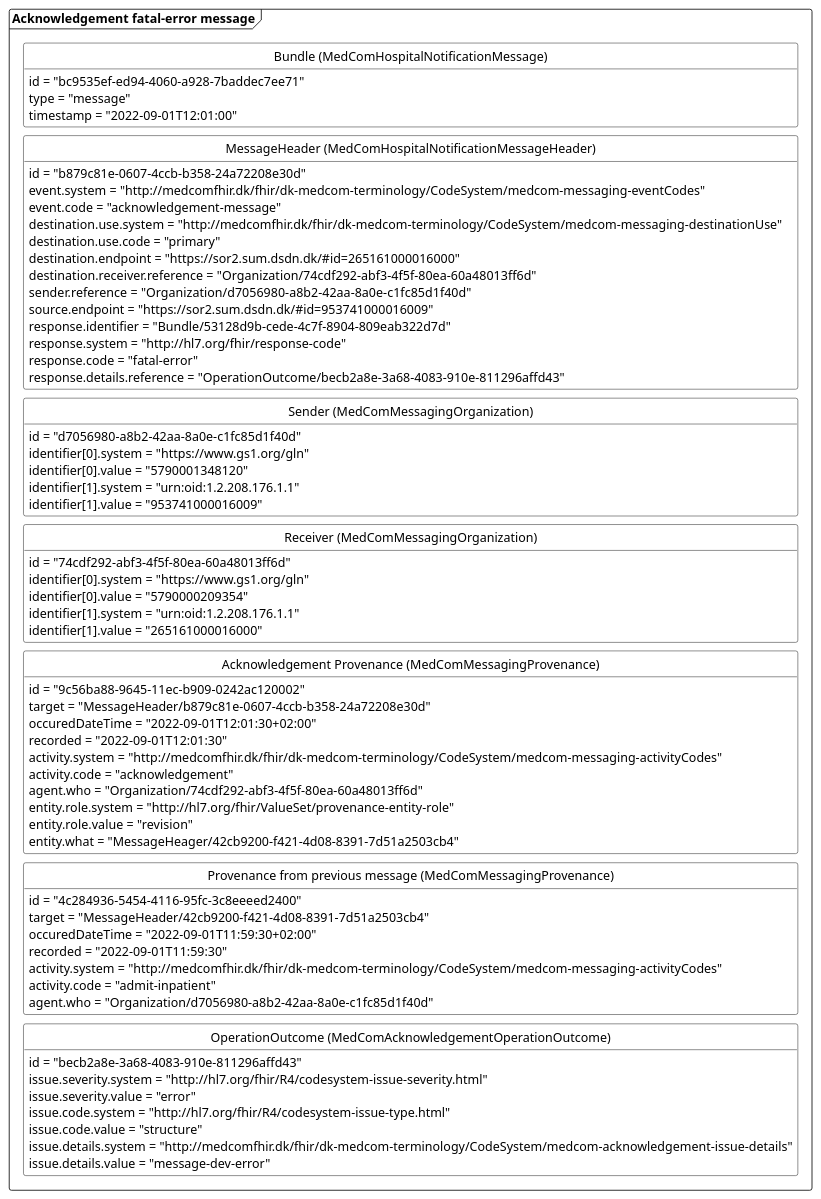
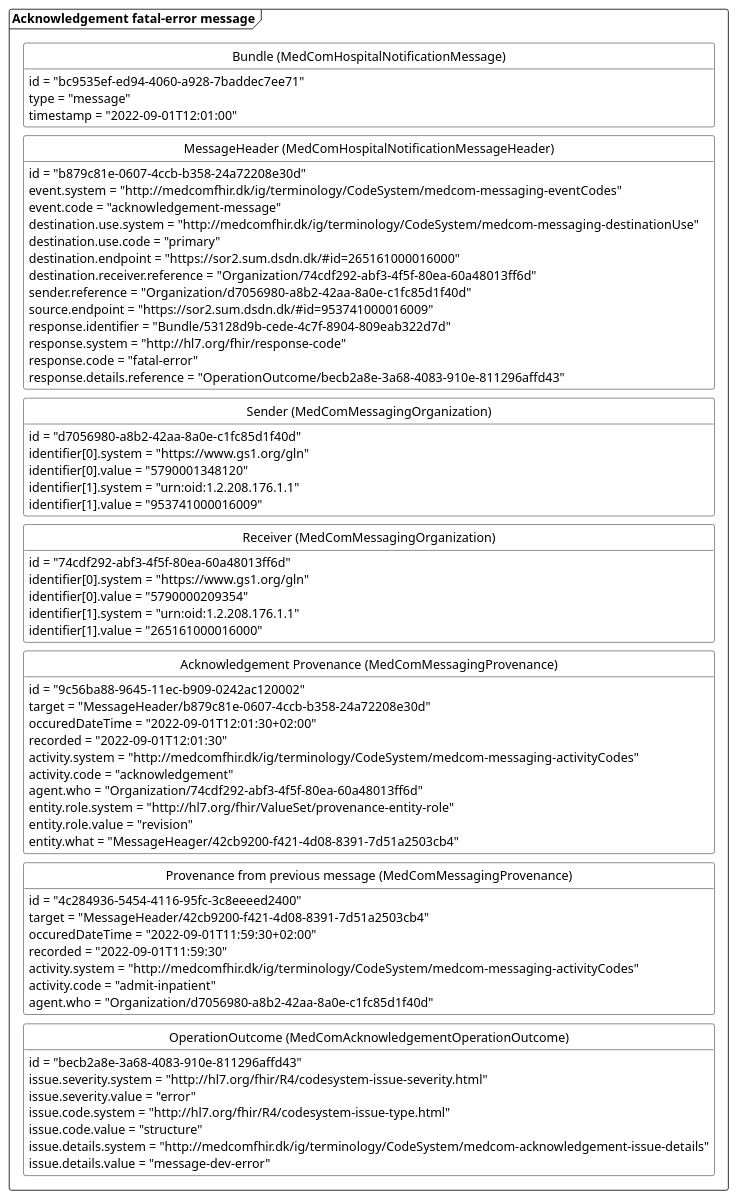
Before and after one commit to medcomdk/dk-medcom-acknowledgement: the diagram in puml/AcknowledgementError.puml, drawn with PlantUML. The commit also changed 9 other files, not shown here.

```diff
--- a/puml/AcknowledgementError.puml
+++ b/puml/AcknowledgementError.puml
@@ -1,90 +1,90 @@
 @startuml AcknowledgementError
 
 'layout
 skinparam class {
     BackgroundColor White
     BorderColor Black
     ArrowColor Black
   }
 hide circle
 hide empty members
 skinparam SameClassWidth true
 skinparam Ranksep 10
 
 
 package "Acknowledgement fatal-error message" as ack <<Frame>>{
     class "Bundle (MedComHospitalNotificationMessage)" as ackB{
         id = "bc9535ef-ed94-4060-a928-7baddec7ee71"
         type = "message"
         timestamp = "2022-09-01T12:01:00"
     }
     class "MessageHeader (MedComHospitalNotificationMessageHeader)" as ackMH{
         id = "b879c81e-0607-4ccb-b358-24a72208e30d"
-        event.system = "http://medcomfhir.dk/fhir/dk-medcom-terminology/CodeSystem/medcom-messaging-eventCodes"
+        event.system = "http://medcomfhir.dk/ig/terminology/CodeSystem/medcom-messaging-eventCodes"
         event.code = "acknowledgement-message"
-        destination.use.system = "http://medcomfhir.dk/fhir/dk-medcom-terminology/CodeSystem/medcom-messaging-destinationUse"
+        destination.use.system = "http://medcomfhir.dk/ig/terminology/CodeSystem/medcom-messaging-destinationUse"
         destination.use.code = "primary"
         destination.endpoint = "https://sor2.sum.dsdn.dk/#id=265161000016000"
         destination.receiver.reference = "Organization/74cdf292-abf3-4f5f-80ea-60a48013ff6d"
         sender.reference = "Organization/d7056980-a8b2-42aa-8a0e-c1fc85d1f40d"
         source.endpoint = "https://sor2.sum.dsdn.dk/#id=953741000016009"
         response.identifier = "Bundle/53128d9b-cede-4c7f-8904-809eab322d7d"
         response.system = "http://hl7.org/fhir/response-code"
         response.code = "fatal-error"
         response.details.reference = "OperationOutcome/becb2a8e-3a68-4083-910e-811296affd43"
     }
     class "Sender (MedComMessagingOrganization)" as ackROrg{
         id = "d7056980-a8b2-42aa-8a0e-c1fc85d1f40d"
         identifier[0].system = "https://www.gs1.org/gln"
         identifier[0].value = "5790001348120"
         identifier[1].system = "urn:oid:1.2.208.176.1.1"
         identifier[1].value = "953741000016009"
     }
     class "Receiver (MedComMessagingOrganization)" as ackSOrg{
         id = "74cdf292-abf3-4f5f-80ea-60a48013ff6d"
         identifier[0].system = "https://www.gs1.org/gln"
         identifier[0].value = "5790000209354"
         identifier[1].system = "urn:oid:1.2.208.176.1.1"
         identifier[1].value = "265161000016000"
     }
     class "Acknowledgement Provenance (MedComMessagingProvenance)" as ackPRO{
         id = "9c56ba88-9645-11ec-b909-0242ac120002"
         target = "MessageHeader/b879c81e-0607-4ccb-b358-24a72208e30d"
         occuredDateTime = "2022-09-01T12:01:30+02:00"
         recorded = "2022-09-01T12:01:30"
-        activity.system = "http://medcomfhir.dk/fhir/dk-medcom-terminology/CodeSystem/medcom-messaging-activityCodes"
+        activity.system = "http://medcomfhir.dk/ig/terminology/CodeSystem/medcom-messaging-activityCodes"
         activity.code = "acknowledgement"
         agent.who = "Organization/74cdf292-abf3-4f5f-80ea-60a48013ff6d"
         entity.role.system = "http://hl7.org/fhir/ValueSet/provenance-entity-role"
         entity.role.value = "revision"
         entity.what = "MessageHeager/42cb9200-f421-4d08-8391-7d51a2503cb4"
     }
         class "Provenance from previous message (MedComMessagingProvenance)" as previuosPRO{
         id = "4c284936-5454-4116-95fc-3c8eeeed2400"
         target = "MessageHeader/42cb9200-f421-4d08-8391-7d51a2503cb4"
         occuredDateTime = "2022-09-01T11:59:30+02:00"
         recorded = "2022-09-01T11:59:30"
-        activity.system = "http://medcomfhir.dk/fhir/dk-medcom-terminology/CodeSystem/medcom-messaging-activityCodes"
+        activity.system = "http://medcomfhir.dk/ig/terminology/CodeSystem/medcom-messaging-activityCodes"
         activity.code = "admit-inpatient"
         agent.who = "Organization/d7056980-a8b2-42aa-8a0e-c1fc85d1f40d"
     }
         class "OperationOutcome (MedComAcknowledgementOperationOutcome)" as ackOperation{
         id = "becb2a8e-3a68-4083-910e-811296affd43"
         issue.severity.system = "http://hl7.org/fhir/R4/codesystem-issue-severity.html"
         issue.severity.value = "error"
         issue.code.system = "http://hl7.org/fhir/R4/codesystem-issue-type.html"
         issue.code.value = "structure"
-        issue.details.system = "http://medcomfhir.dk/fhir/dk-medcom-terminology/CodeSystem/medcom-acknowledgement-issue-details"
+        issue.details.system = "http://medcomfhir.dk/ig/terminology/CodeSystem/medcom-acknowledgement-issue-details"
         issue.details.value = "message-dev-error"
     }
 
 ackB -[hidden]- ackMH
 ackMH-[hidden]-ackROrg
 ackROrg-[hidden]-ackSOrg
 ackSOrg-[hidden]-ackPRO
 ackPRO-[hidden]-previuosPRO
 previuosPRO-[hidden]-ackOperation
 }
 
 
 @enduml
```
